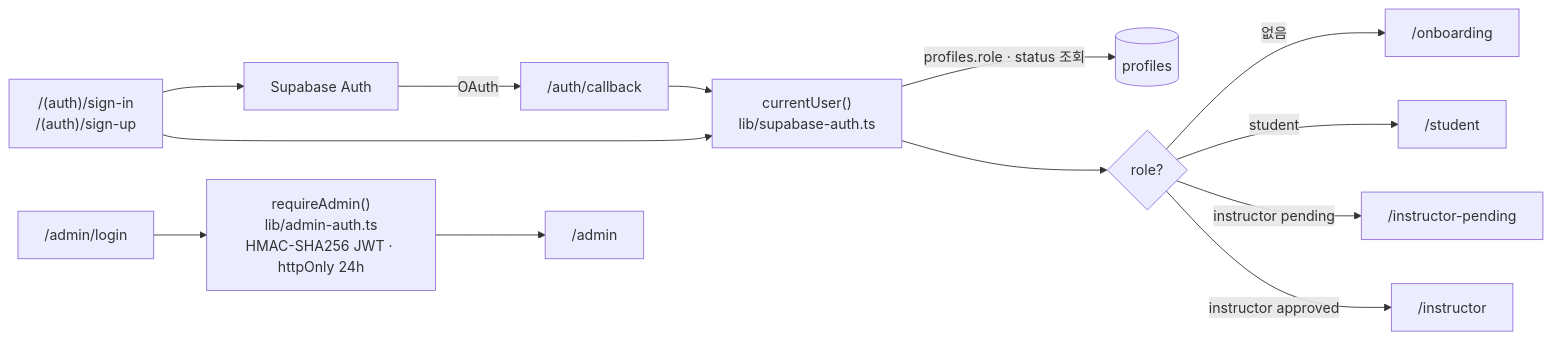
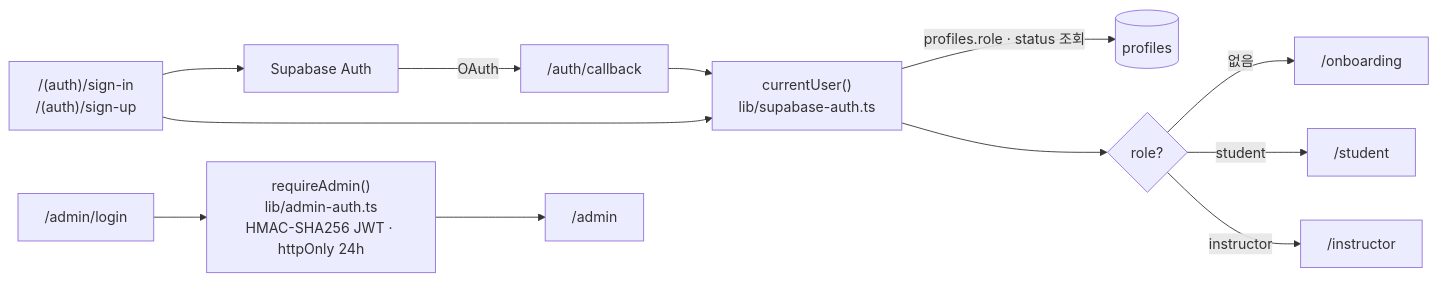
Before and after one commit to Quest-on/quest-on-mvp: the fourth of 12 diagrams in ARCHITECTURE.md, drawn with Mermaid. The commit also changed other lines of this file and 11 other files, not shown here.

````diff
--- a/ARCHITECTURE.md
+++ b/ARCHITECTURE.md
@@ -137,19 +137,18 @@
 ```mermaid
 flowchart LR
     signin["/(auth)/sign-in<br/>/(auth)/sign-up"] --> sbAuth["Supabase Auth"]
     sbAuth -->|OAuth| callback["/auth/callback"]
     callback --> currentUser
     signin --> currentUser
 
     currentUser["currentUser()<br/>lib/supabase-auth.ts"]
     currentUser -->|"profiles.role · status 조회"| profiles[("profiles")]
 
     currentUser --> route{"role?"}
     route -->|없음| onboarding["/onboarding"]
     route -->|student| studentHome["/student"]
-    route -->|instructor pending| pending["/instructor-pending"]
-    route -->|instructor approved| instructorHome["/instructor"]
+    route -->|instructor| instructorHome["/instructor"]
 
     adminLogin["/admin/login"] --> adminAuth["requireAdmin()<br/>lib/admin-auth.ts<br/>HMAC-SHA256 JWT · httpOnly 24h"]
     adminAuth --> adminHome["/admin"]
 ```
````
